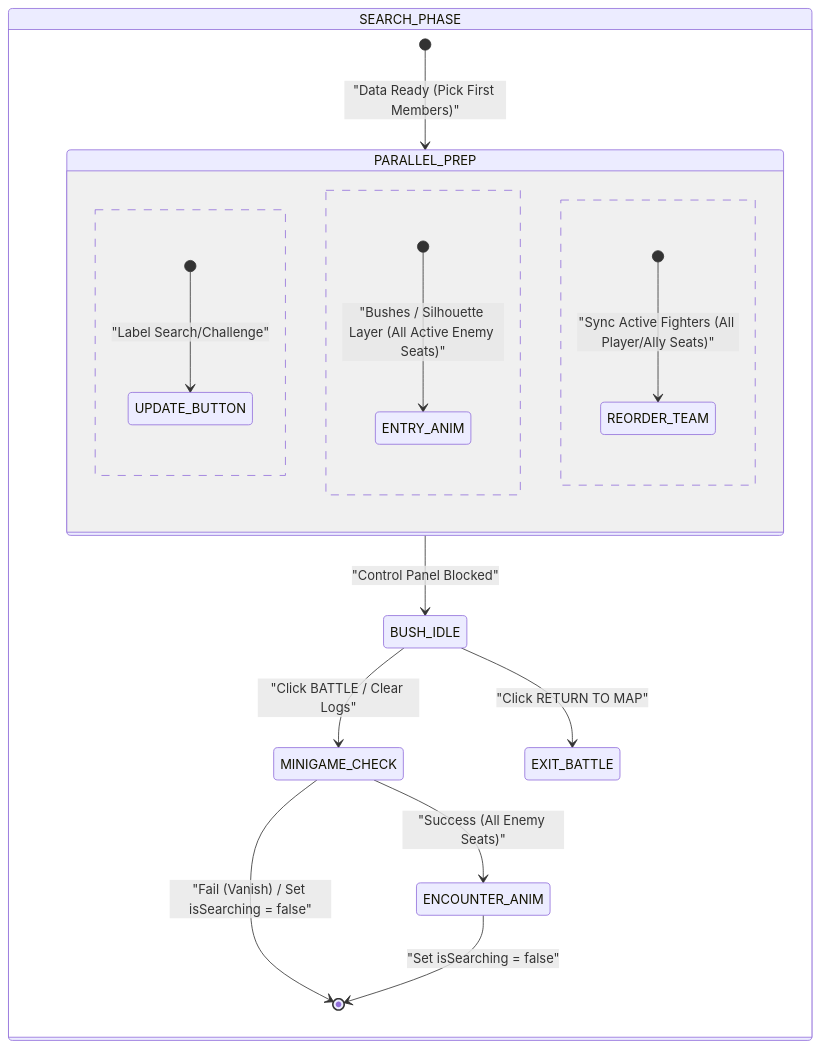
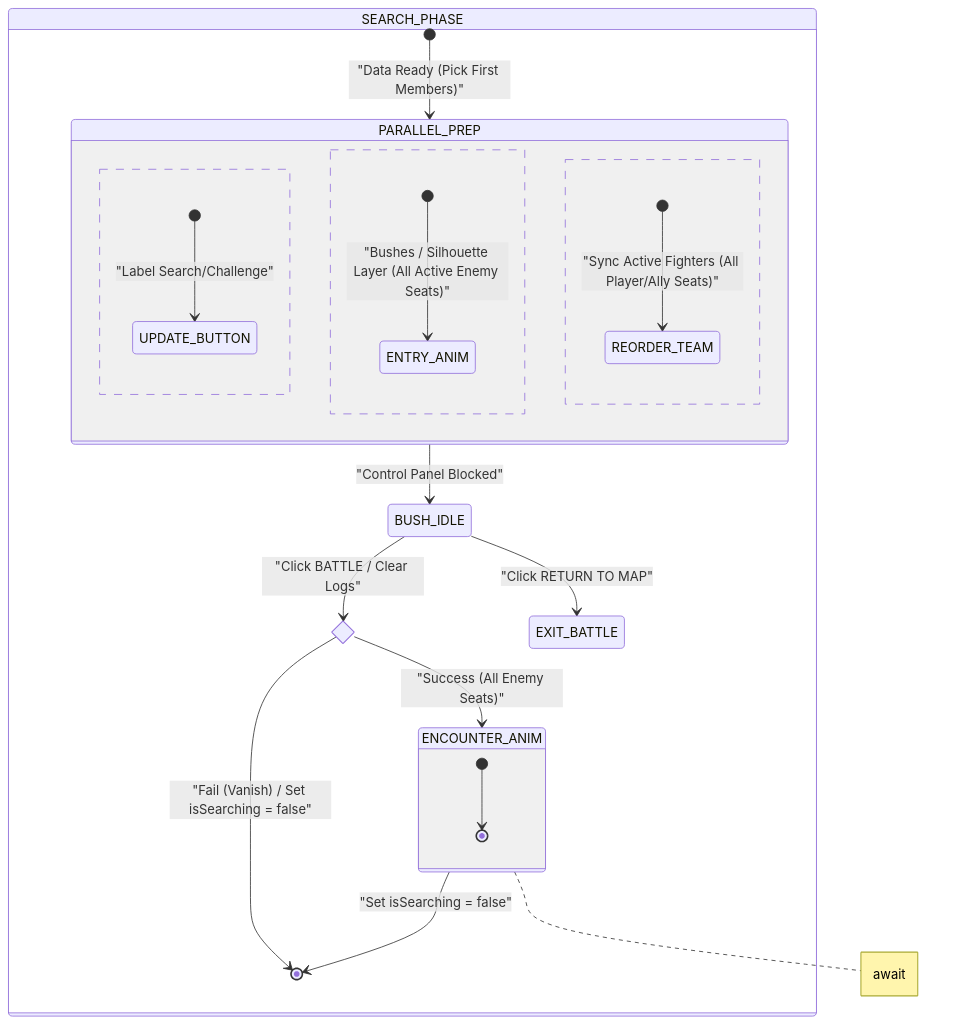
Before and after one commit to Darkham77/PokeBorrador: diagram 11 of 18 in .agents/skills/project-standards/references/battle/battle_mechanics_manual.md, drawn with Mermaid. The commit also changed other lines of this file and 29 other files, not shown here.

````diff
--- a/.agents/skills/project-standards/references/battle/battle_mechanics_manual.md
+++ b/.agents/skills/project-standards/references/battle/battle_mechanics_manual.md
@@ -629,24 +631,29 @@
 ```mermaid
 stateDiagram-v2
     state SEARCH_PHASE {
         [*] --> PARALLEL_PREP: "Data Ready (Pick First Members)"
         
         state PARALLEL_PREP {
             [*] --> UPDATE_BUTTON: "Label Search/Challenge"
             --
             [*] --> ENTRY_ANIM: "Bushes / Silhouette Layer (All Active Enemy Seats)"
             --
             [*] --> REORDER_TEAM: "Sync Active Fighters (All Player/Ally Seats)"
         }
         
         PARALLEL_PREP --> BUSH_IDLE : "Control Panel Blocked"
         
+        state MINIGAME_CHECK <<choice>>
         BUSH_IDLE --> MINIGAME_CHECK : "Click BATTLE / Clear Logs"
         BUSH_IDLE --> EXIT_BATTLE : "Click RETURN TO MAP"
         
-        state MINIGAME_CHECK <<choice>>
         MINIGAME_CHECK --> ENCOUNTER_ANIM : "Success (All Enemy Seats)"
         MINIGAME_CHECK --> [*] : "Fail (Vanish) / Set isSearching = false"
+        
+        state ENCOUNTER_ANIM {
+            [*] --> [*]
+        }
+        note right of ENCOUNTER_ANIM: await
         ENCOUNTER_ANIM --> [*] : "Set isSearching = false"
     }
 ```
````
